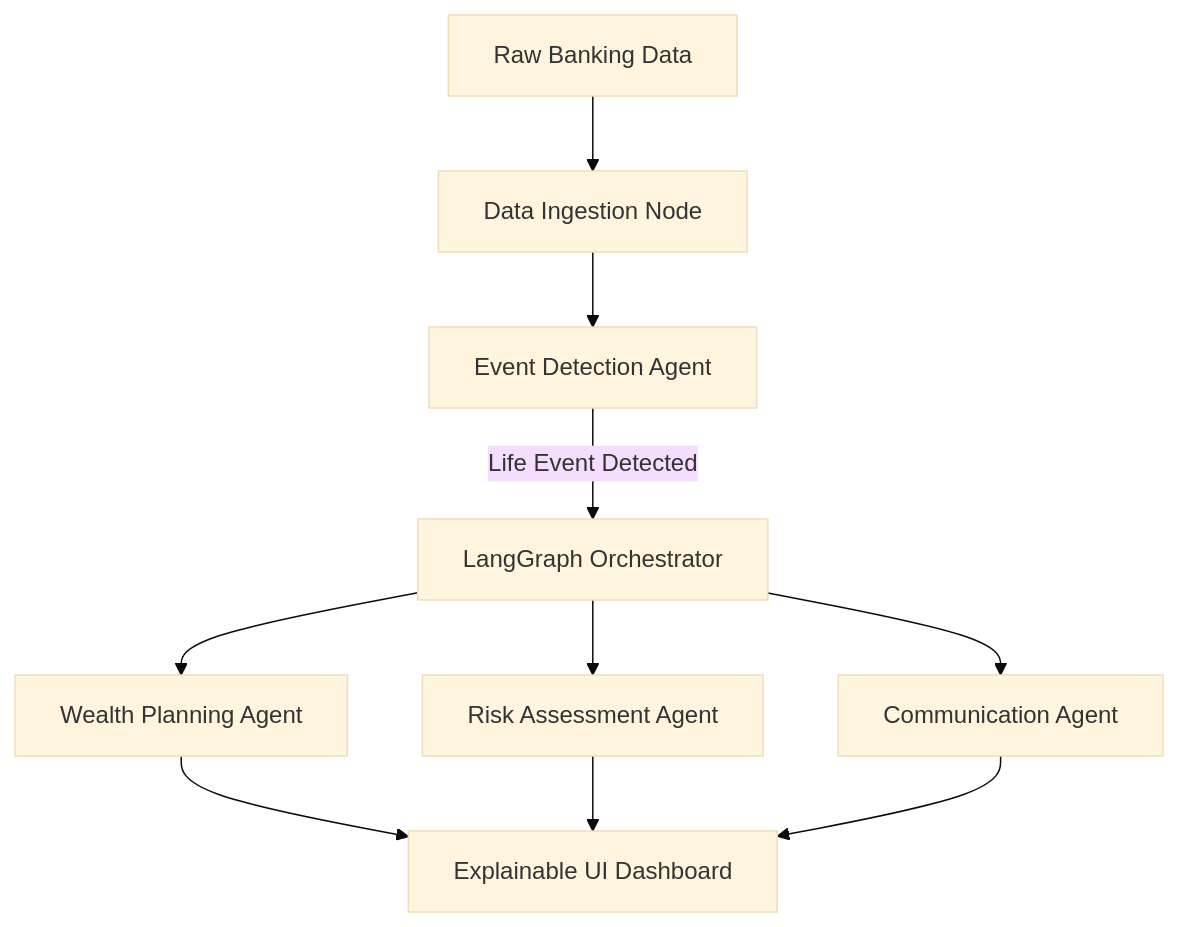
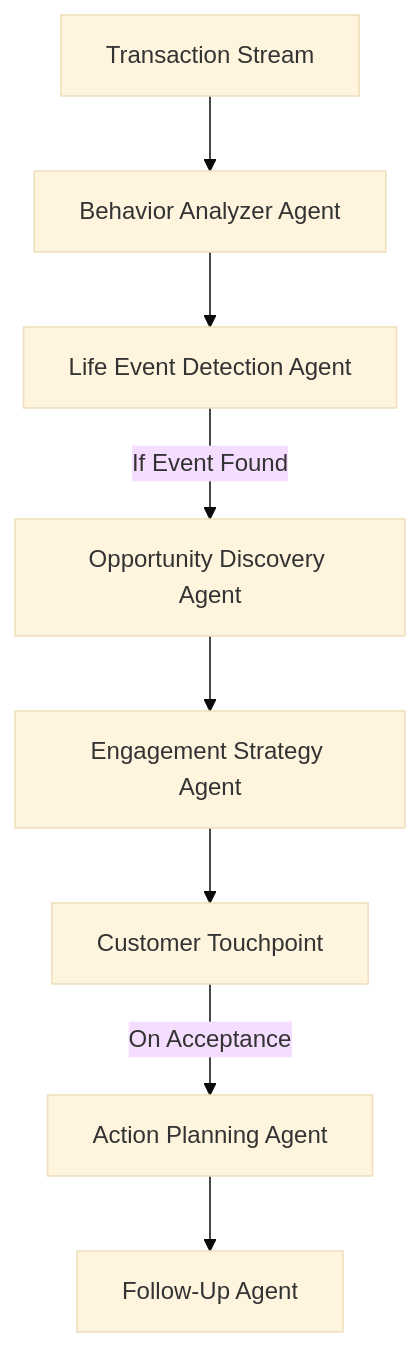
The diagram in README.md (aaravgupta0202/engageAI), drawn with Mermaid (base theme) before and after one commit. The commit also changed other lines of this file and 20 other files, not shown here.

````diff
--- a/README.md
+++ b/README.md
@@ -41,12 +50,10 @@
 ```mermaid
 graph TD;
-    A[Raw Banking Data] --> B[Data Ingestion Node];
-    B --> C[Event Detection Agent];
-    C -->|Life Event Detected| D[LangGraph Orchestrator];
-    D --> E[Wealth Planning Agent];
-    D --> F[Risk Assessment Agent];
-    D --> G[Communication Agent];
-    E --> H[Explainable UI Dashboard];
-    F --> H;
-    G --> H;
+    A[Transaction Stream] --> B[Behavior Analyzer Agent];
+    B --> C[Life Event Detection Agent];
+    C -->|If Event Found| D[Opportunity Discovery Agent];
+    D --> E[Engagement Strategy Agent];
+    E --> F[Customer Touchpoint];
+    F -->|On Acceptance| G[Action Planning Agent];
+    G --> H[Follow-Up Agent];
 ```
````
